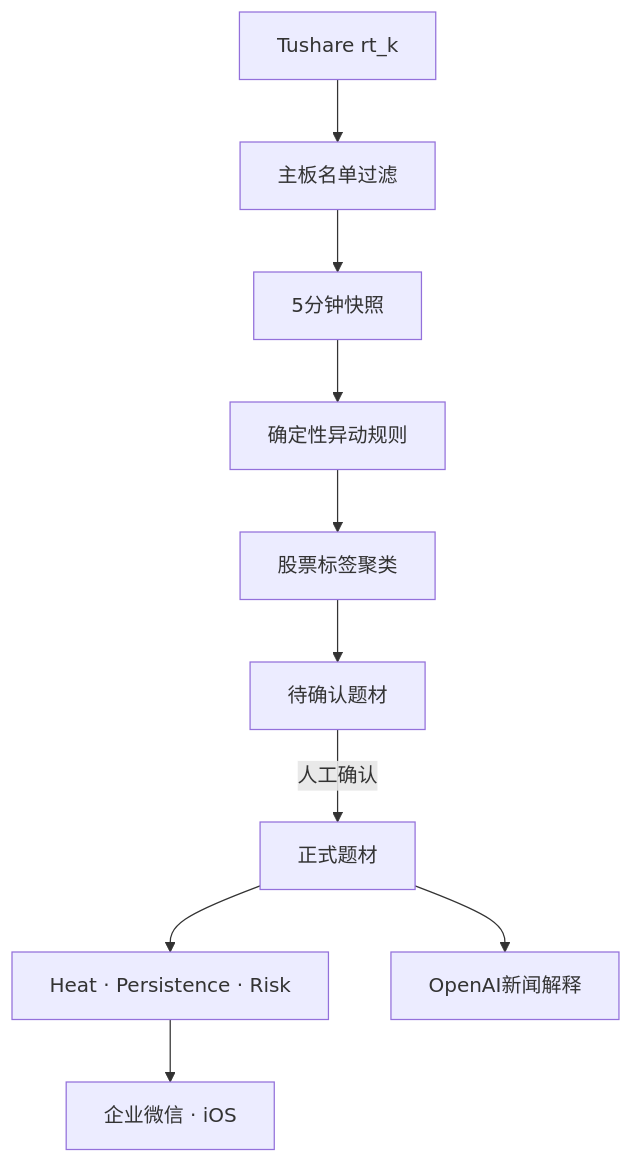
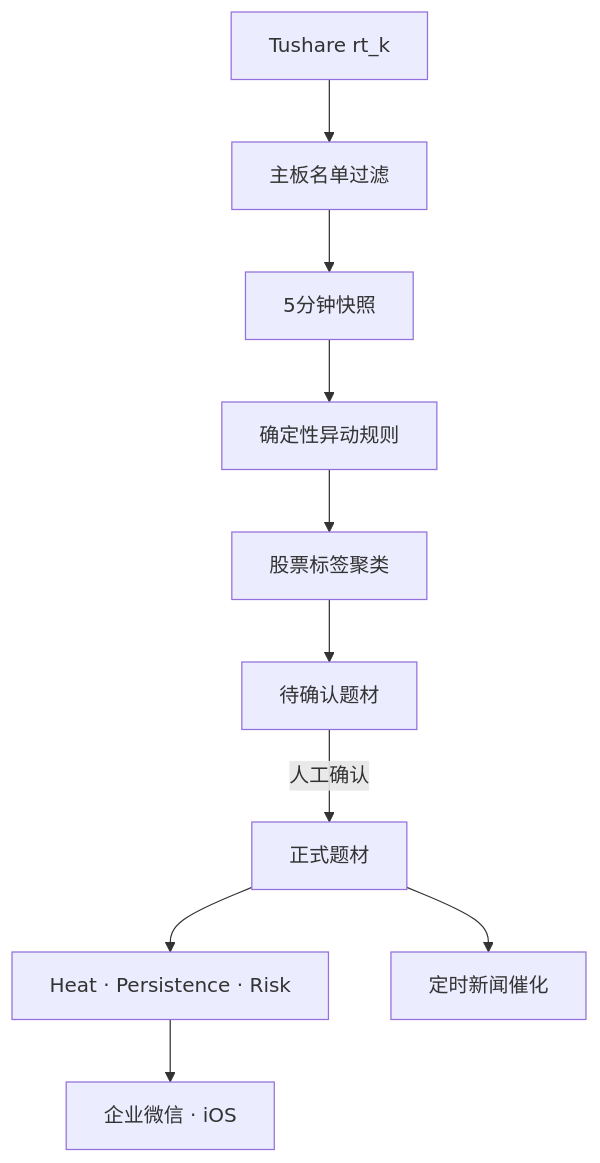
Before and after one commit to Chris958/stocktopic: the diagram in README.md, drawn with Mermaid. The commit also changed other lines of this file and 17 other files, not shown here.

````diff
--- a/README.md
+++ b/README.md
@@ -24,12 +26,12 @@
 ```mermaid
 flowchart TD
     A["Tushare rt_k"] --> B["主板名单过滤"]
     B --> C["5分钟快照"]
     C --> D["确定性异动规则"]
     D --> E["股票标签聚类"]
     E --> F["待确认题材"]
     F -->|人工确认| G["正式题材"]
     G --> H["Heat · Persistence · Risk"]
-    G --> I["OpenAI新闻解释"]
+    G --> I["定时新闻催化"]
     H --> J["企业微信 · iOS"]
 ```
````
